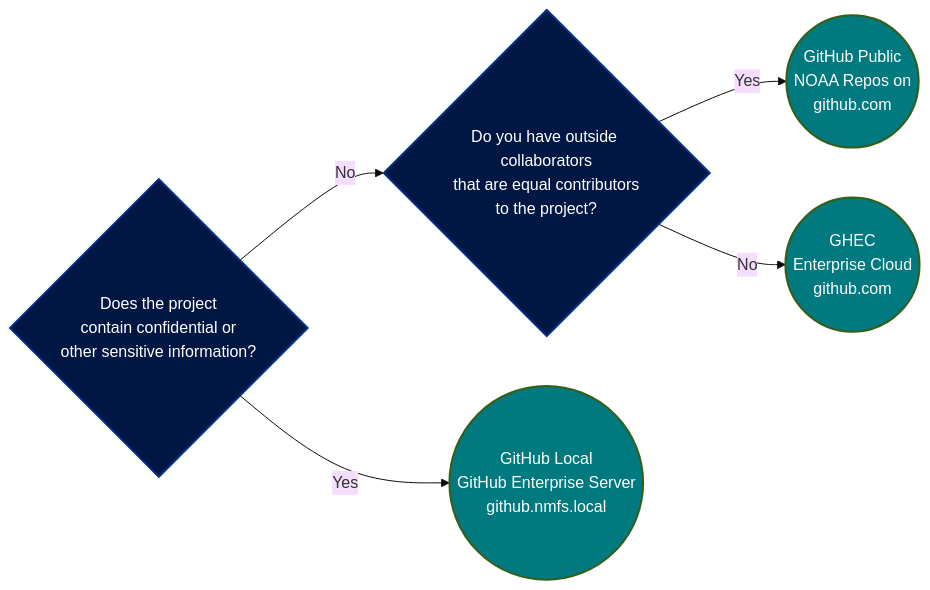
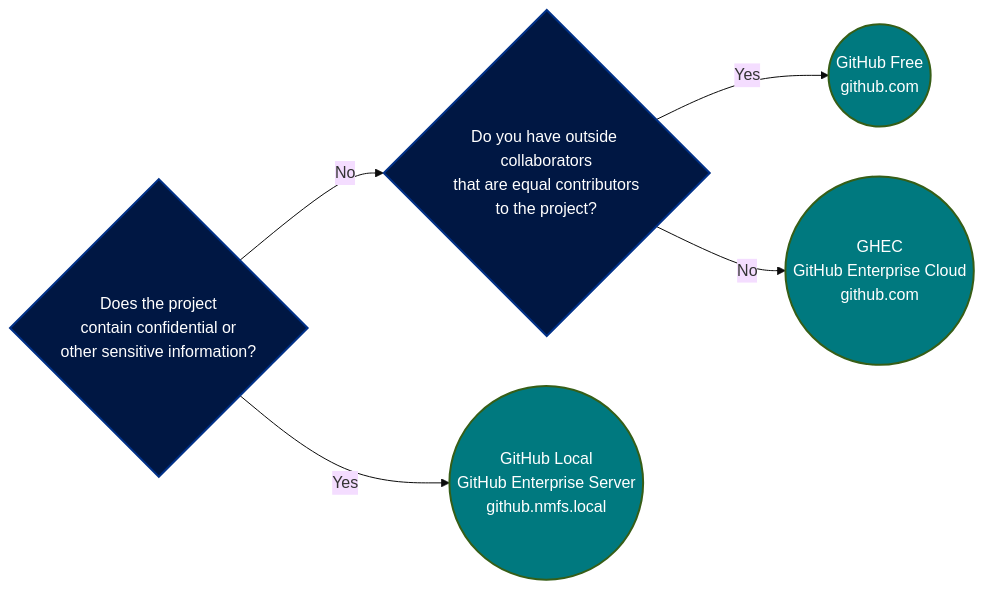
One commit to nmfs-opensci/GitHub-Guide changed the diagram in GitHub-Guide.qmd. Above: the diagram before and after it, drawn with Mermaid (base theme). The commit also changed other lines of this file, not shown here.

Commit message:
Switch to GitHub Free to match GH docs

````diff
--- a/GitHub-Guide.qmd
+++ b/GitHub-Guide.qmd
@@ -56,30 +56,30 @@
 ```{mermaid}
 
 graph LR
     %% Node Definitions
     conf{Does the project\n contain confidential or \nother sensitive information?}
     outside{Do you have outside collaborators\nthat are equal contributors\nto the project?}
     ghes((GitHub Local \nGitHub Enterprise Server\ngithub.nmfs.local))
-    github((GitHub Public\nNOAA Repos on\ngithub.com))
-    ghec((GHEC\nEnterprise Cloud\ngithub.com))
+    github((GitHub Free \ngithub.com))
+    ghec((GHEC\nGitHub Enterprise Cloud\ngithub.com))
 
     %% Connections
     conf -- "Yes" --> ghes
     conf -- "No" --> outside
     outside -- "Yes" --> github
     outside -- "No"  --> ghec
 
     %% Styling using NOAA Fisheries Hex Codes
     %% Decision Nodes: NOAA Sea (Fill) + NOAA Sky (Border)
     classDef decision fill:#001743,stroke:#003087,stroke-width:2px,color:#FFFFFF; 
     
     %% Finish Nodes: Seagrass (Fill) + Dark Seagrass (Border)
     classDef finish fill:#00797F,stroke:#365E17,stroke-width:2px,color:#FFFFFF;
 
     class conf decision;
     class outside decision;
     class ghes finish;
     class github finish;
     class ghec finish;
 
 ```
````
